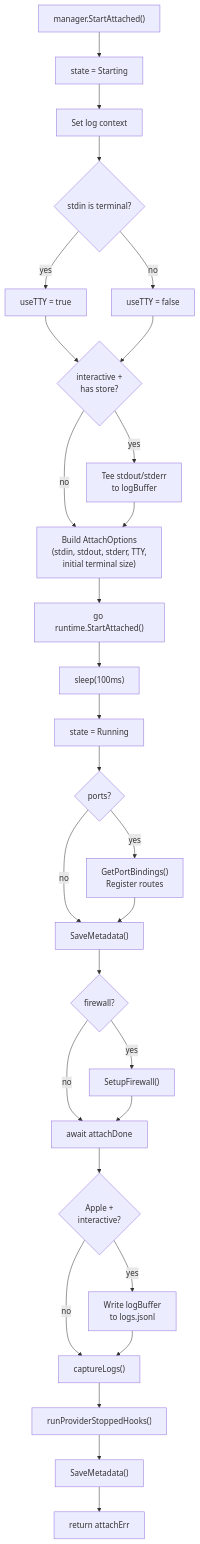
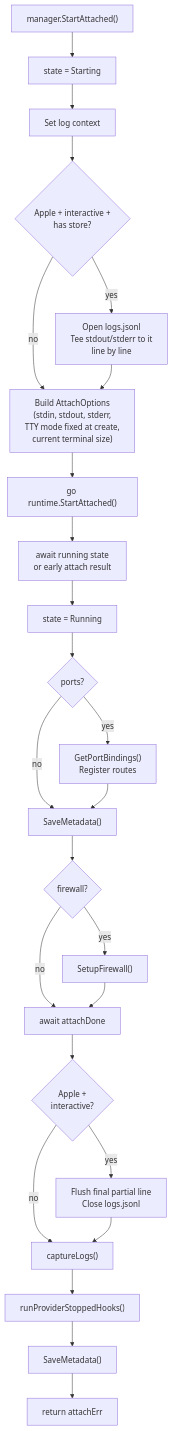
The sixth of 7 diagrams in docs/runtime-flow.md (majorcontext/moat), drawn with Mermaid before and after one commit. The commit also changed 5 other files, not shown here.

First line of the commit message:
fix(logs): stream interactive output to storage with bounded memory

````diff
--- a/docs/runtime-flow.md
+++ b/docs/runtime-flow.md
@@ -251,42 +251,37 @@
 ```mermaid
 flowchart TD
     SA["manager.StartAttached()"]
     SA --> SS["state = Starting"]
     SS --> LOG["Set log context"]
-    LOG --> TTY{"stdin is terminal?"}
-    TTY -->|yes| USTY["useTTY = true"]
-    TTY -->|no| USTN["useTTY = false"]
+    LOG --> TEE
 
-    USTY --> TEE
-    USTN --> TEE
-
-    TEE{"interactive +<br/>has store?"}
-    TEE -->|yes| TEEW["Tee stdout/stderr<br/>to logBuffer"]
+    TEE{"Apple + interactive +<br/>has store?"}
+    TEE -->|yes| TEEW["Open logs.jsonl<br/>Tee stdout/stderr to it<br/>line by line"]
     TEE -->|no| AOPTS
     TEEW --> AOPTS
 
-    AOPTS["Build AttachOptions<br/>(stdin, stdout, stderr, TTY,<br/>initial terminal size)"]
+    AOPTS["Build AttachOptions<br/>(stdin, stdout, stderr,<br/>TTY mode fixed at create,<br/>current terminal size)"]
     AOPTS --> GORTN["go runtime.StartAttached()"]
-    GORTN --> DELAY["sleep(100ms)"]
+    GORTN --> DELAY["await running state<br/>or early attach result"]
     DELAY --> RUN["state = Running"]
     RUN --> PB{"ports?"}
     PB -->|yes| PBG["GetPortBindings()<br/>Register routes"]
     PB -->|no| SAVE
     PBG --> SAVE
     SAVE["SaveMetadata()"]
     SAVE --> FW{"firewall?"}
     FW -->|yes| FWS["SetupFirewall()"]
     FW -->|no| WAIT
     FWS --> WAIT
 
     WAIT["await attachDone"]
     WAIT --> LOGS{"Apple +<br/>interactive?"}
-    LOGS -->|yes| WLOGS["Write logBuffer<br/>to logs.jsonl"]
+    LOGS -->|yes| WLOGS["Flush final partial line<br/>Close logs.jsonl"]
     LOGS -->|no| CAP
     WLOGS --> CAP
 
     CAP["captureLogs()"]
     CAP --> HOOKS["runProviderStoppedHooks()"]
     HOOKS --> SMETA["SaveMetadata()"]
     SMETA --> RET["return attachErr"]
 ```
````
